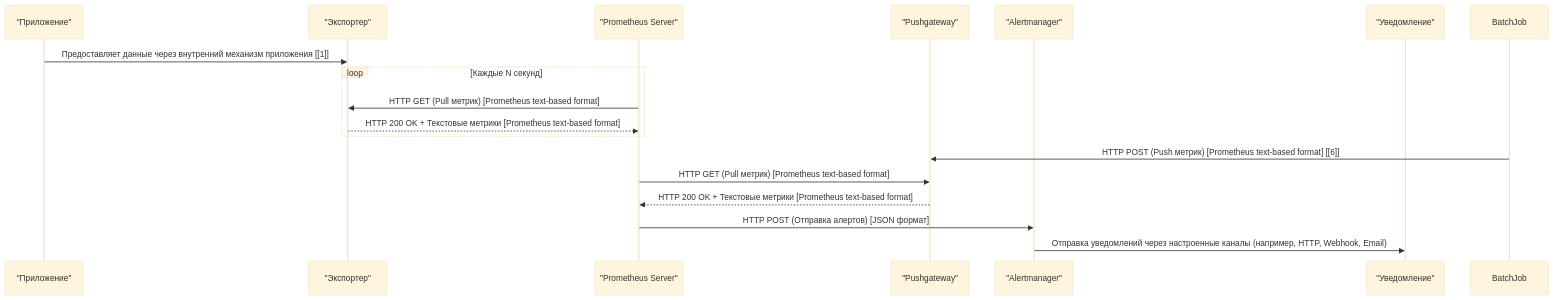
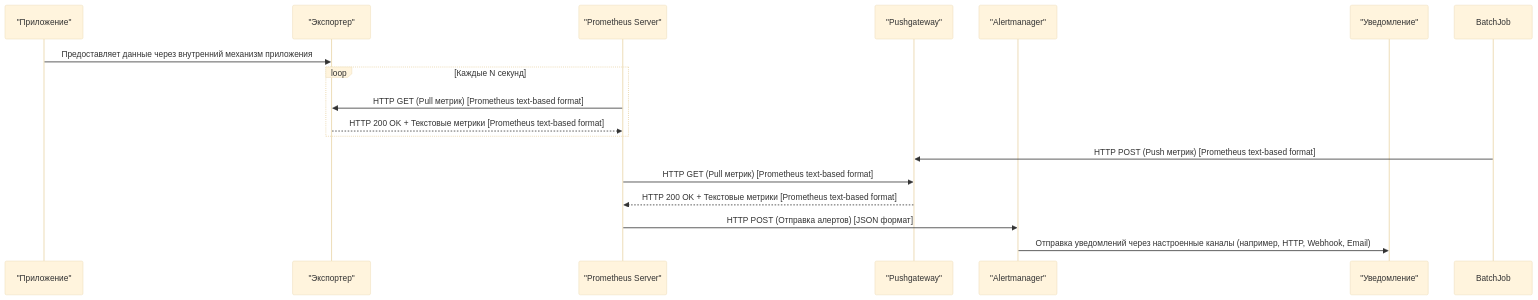
The second of 2 diagrams in prometheus/beginning/1. Введение (Основы Prometheus).md (lamjob1993/linux-monitoring), drawn with Mermaid (base theme) before and after one commit.

Commit message:
Update 1. Введение (Основы Prometheus).md

````diff
--- a/prometheus/beginning/1. Введение (Основы Prometheus).md
+++ b/prometheus/beginning/1. Введение (Основы Prometheus).md
@@ -146,23 +146,23 @@
 ```mermaid
 sequenceDiagram
     participant App as "Приложение"
     participant Exporter as "Экспортер"
     participant Prometheus as "Prometheus Server"
     participant Pushgateway as "Pushgateway"
     participant Alertmanager as "Alertmanager"
     participant Notification as "Уведомление"
 
-    App->>Exporter: Предоставляет данные через внутренний механизм приложения [[1]]
+    App->>Exporter: Предоставляет данные через внутренний механизм приложения
     
     loop Каждые N секунд
         Prometheus->>Exporter: HTTP GET (Pull метрик) [Prometheus text-based format]
         Exporter-->>Prometheus: HTTP 200 OK + Текстовые метрики [Prometheus text-based format]
     end
     
-    BatchJob->>Pushgateway: HTTP POST (Push метрик) [Prometheus text-based format] [[6]]
+    BatchJob->>Pushgateway: HTTP POST (Push метрик) [Prometheus text-based format]
     Prometheus->>Pushgateway: HTTP GET (Pull метрик) [Prometheus text-based format]
     Pushgateway-->>Prometheus: HTTP 200 OK + Текстовые метрики [Prometheus text-based format]
     
     Prometheus->>Alertmanager: HTTP POST (Отправка алертов) [JSON формат]
     Alertmanager->>Notification: Отправка уведомлений через настроенные каналы (например, HTTP, Webhook, Email)
 ```
````
